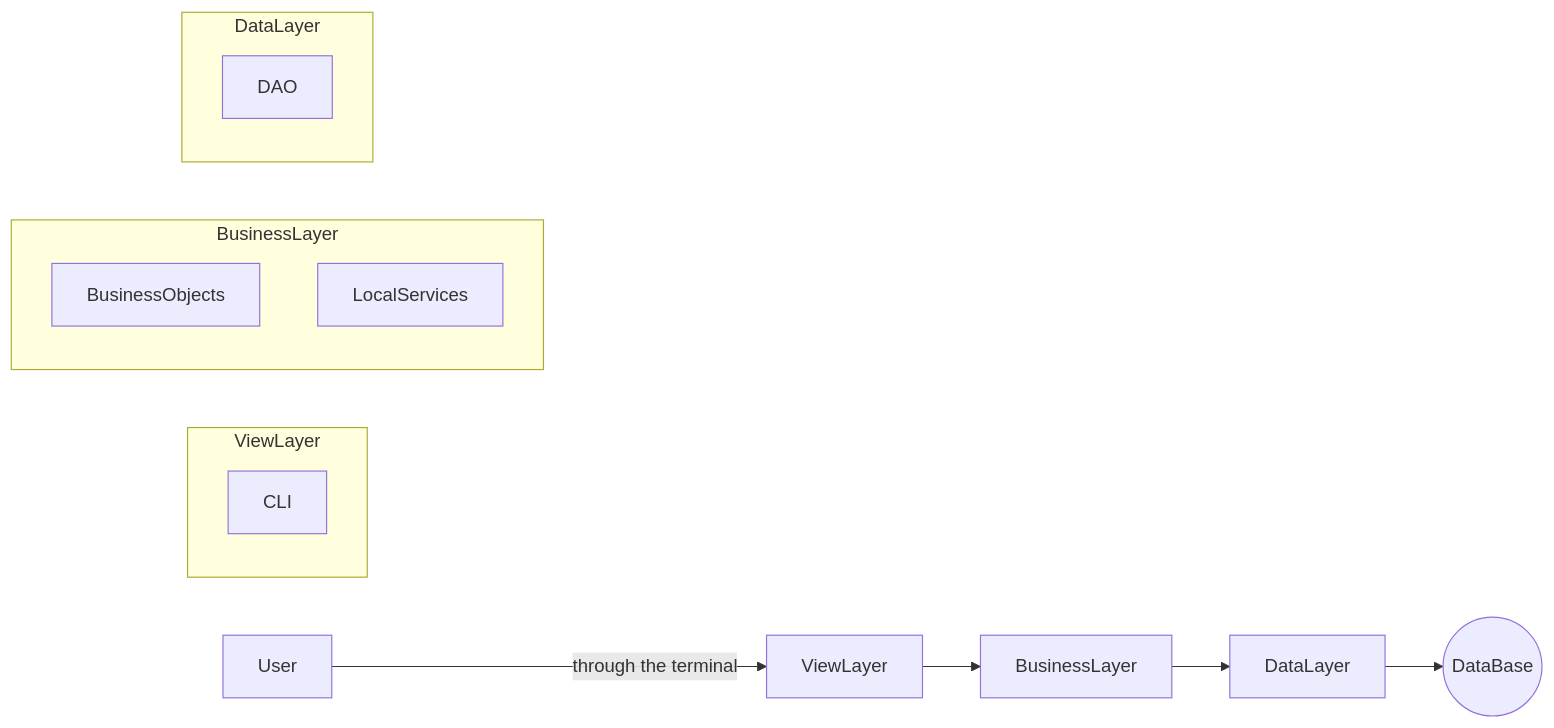
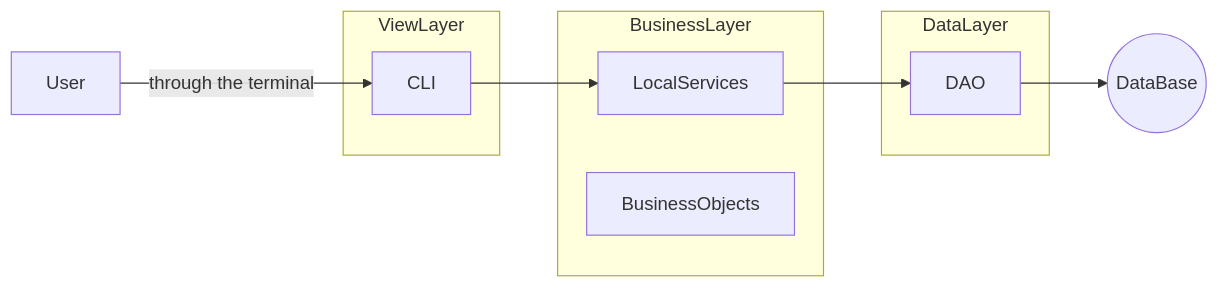
Before and after one commit to DonMako/beer: the first of 2 diagrams in README.md, drawn with Mermaid.

Commit message:
Màj du README

````diff
--- a/README.md
+++ b/README.md
@@ -42,17 +42,17 @@
 ```mermaid
 graph LR
-    A[User] --through the terminal--> B[ViewLayer]
+    A[User] --through the terminal--> b1[CLI]
     subgraph ViewLayer
-    b1[CLI]
+    b1
     end
-    B --> C[BusinessLayer]
+    b1 --> c2[LocalServices]
     subgraph BusinessLayer
     c1[BusinessObjects]
     c2[LocalServices]
     end
-    C --> D[DataLayer]
+    c2 --> d1[DAO]
     subgraph DataLayer
     d1[DAO]
     end
-    D --> E((DataBase))
+    d1 --> E((DataBase))
 ```
````
